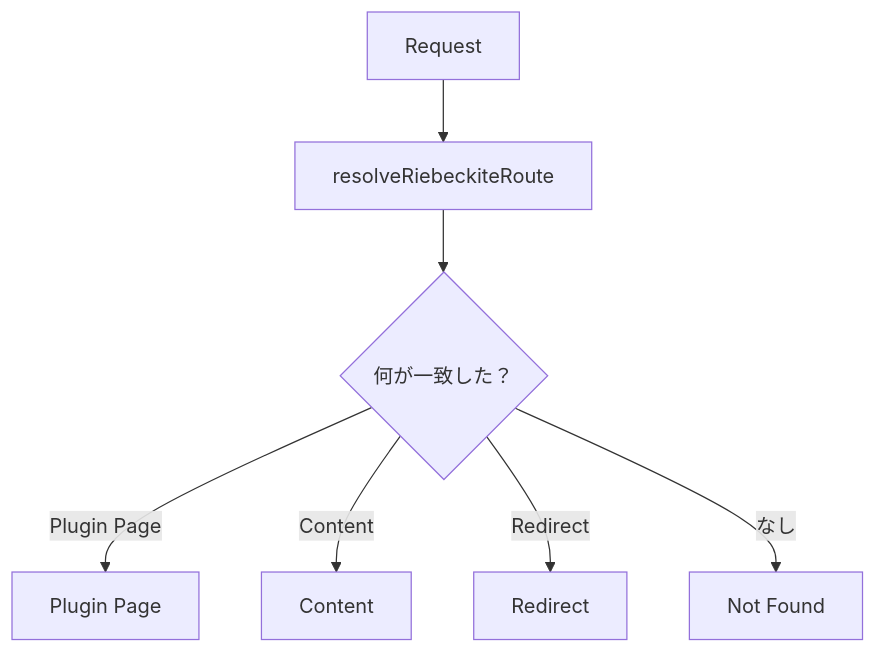
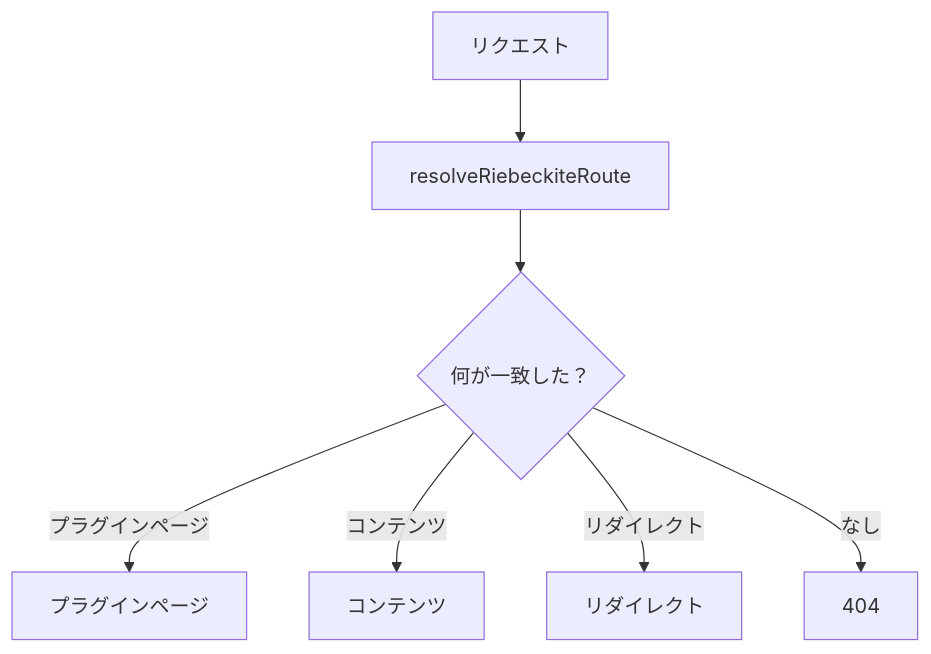
One commit to Rerurate514/riebeckite changed the seventh of 14 diagrams in docs/docs/framework/page-system.ja.md. Above: the diagram before and after it, drawn with Mermaid. The commit also changed other lines of this file and 310 other files, not shown here.

````diff
--- a/docs/docs/framework/page-system.ja.md
+++ b/docs/docs/framework/page-system.ja.md
@@ -189,14 +173,14 @@
 ```mermaid id="r8vl0u"
 flowchart TD
-    Request["Request"]
+    Request["リクエスト"]
     Resolver["resolveRiebeckiteRoute"]
 
     Request --> Resolver
 
     Resolver --> Q{"何が一致した？"}
 
-    Q -->|"Plugin Page"| Page["Plugin Page"]
-    Q -->|"Content"| Content["Content"]
-    Q -->|"Redirect"| Redirect["Redirect"]
-    Q -->|"なし"| NotFound["Not Found"]
+    Q -->|"プラグインページ"| Page["プラグインページ"]
+    Q -->|"コンテンツ"| Content["コンテンツ"]
+    Q -->|"リダイレクト"| Redirect["リダイレクト"]
+    Q -->|"なし"| NotFound["404"]
 ```
````
